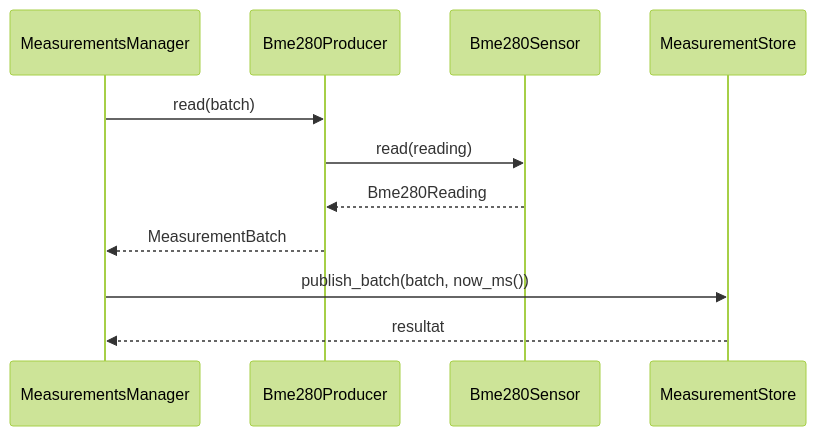
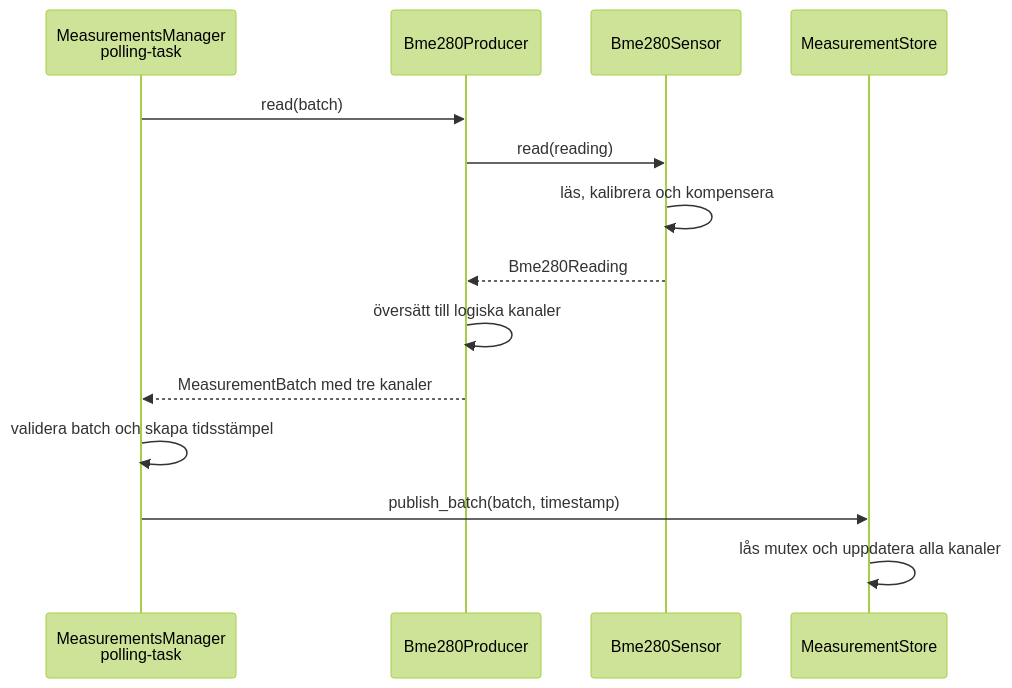
One commit to Under-Bordet-AB/redmole changed the third of 3 diagrams in docs/jimmy_presentation_slides.md. Above: the diagram before and after it, drawn with Mermaid (forest theme). The commit also changed other lines of this file and 1 other file, not shown here.

````diff
--- a/docs/jimmy_presentation_slides.md
+++ b/docs/jimmy_presentation_slides.md
@@ -69,14 +52,17 @@
 ```mermaid
 sequenceDiagram
-    participant M as MeasurementsManager
+    participant M as MeasurementsManager<br/>polling-task
     participant P as Bme280Producer
     participant S as Bme280Sensor
     participant Store as MeasurementStore
 
     M->>P: read(batch)
     P->>S: read(reading)
+    S->>S: läs, kalibrera och kompensera
     S-->>P: Bme280Reading
-    P-->>M: MeasurementBatch
-    M->>Store: publish_batch(batch, now_ms())
-    Store-->>M: resultat
+    P->>P: översätt till logiska kanaler
+    P-->>M: MeasurementBatch med tre kanaler
+    M->>M: validera batch och skapa tidsstämpel
+    M->>Store: publish_batch(batch, timestamp)
+    Store->>Store: lås mutex och uppdatera alla kanaler
 ```
````
